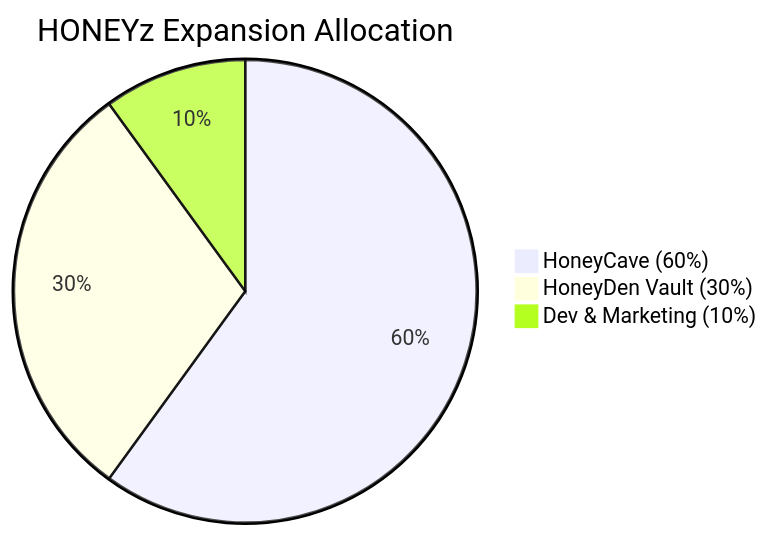
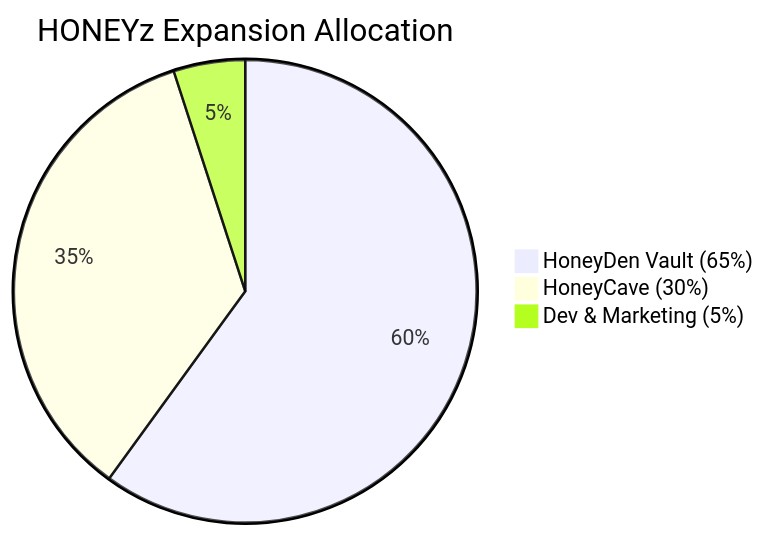
The third of 3 diagrams in README.md (hiber-fi/launching), drawn with Mermaid before and after one commit. The commit also changed other lines of this file, not shown here.

````diff
--- a/README.md
+++ b/README.md
@@ -86,7 +94,7 @@
 ```mermaid
 pie
     title HONEYz Expansion Allocation
-    "HoneyCave (60%)": 60
-    "HoneyDen Vault (30%)": 30
-    "Dev & Marketing (10%)": 10
+    "HoneyDen Vault (65%)": 60
+    "HoneyCave (30%)": 35
+    "Dev & Marketing (5%)": 5
 ```
````
